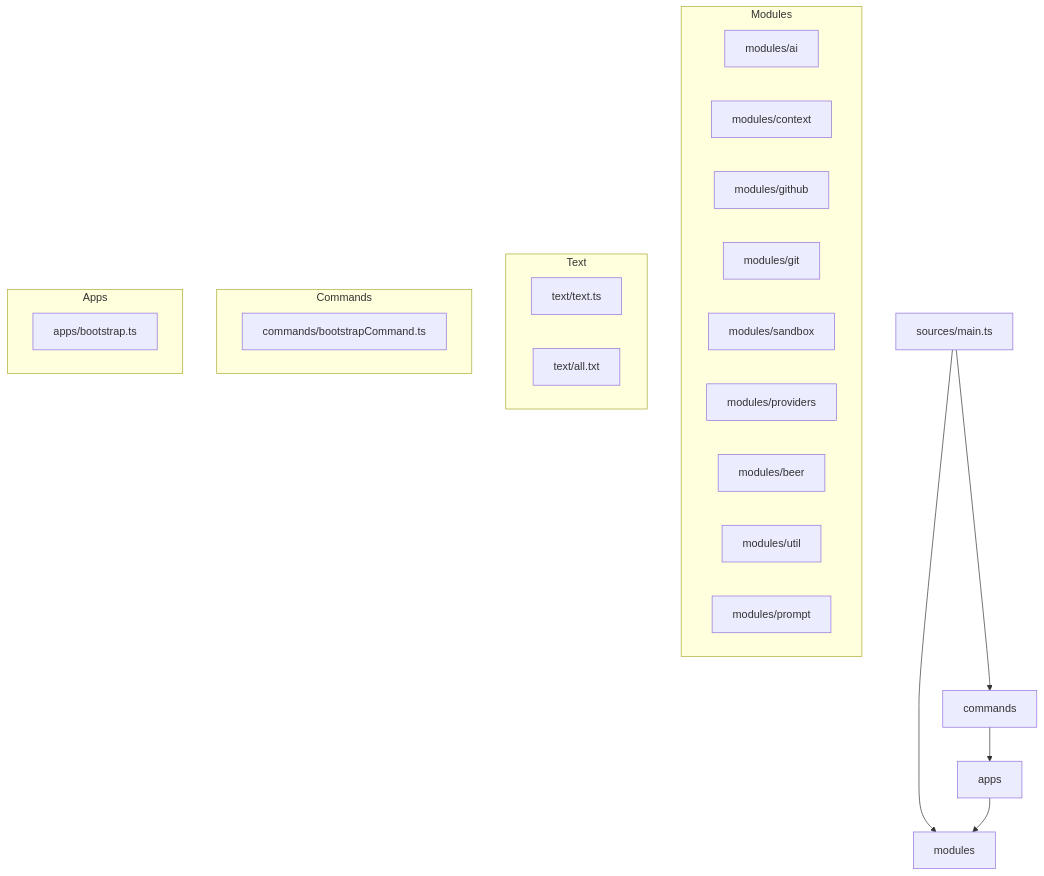
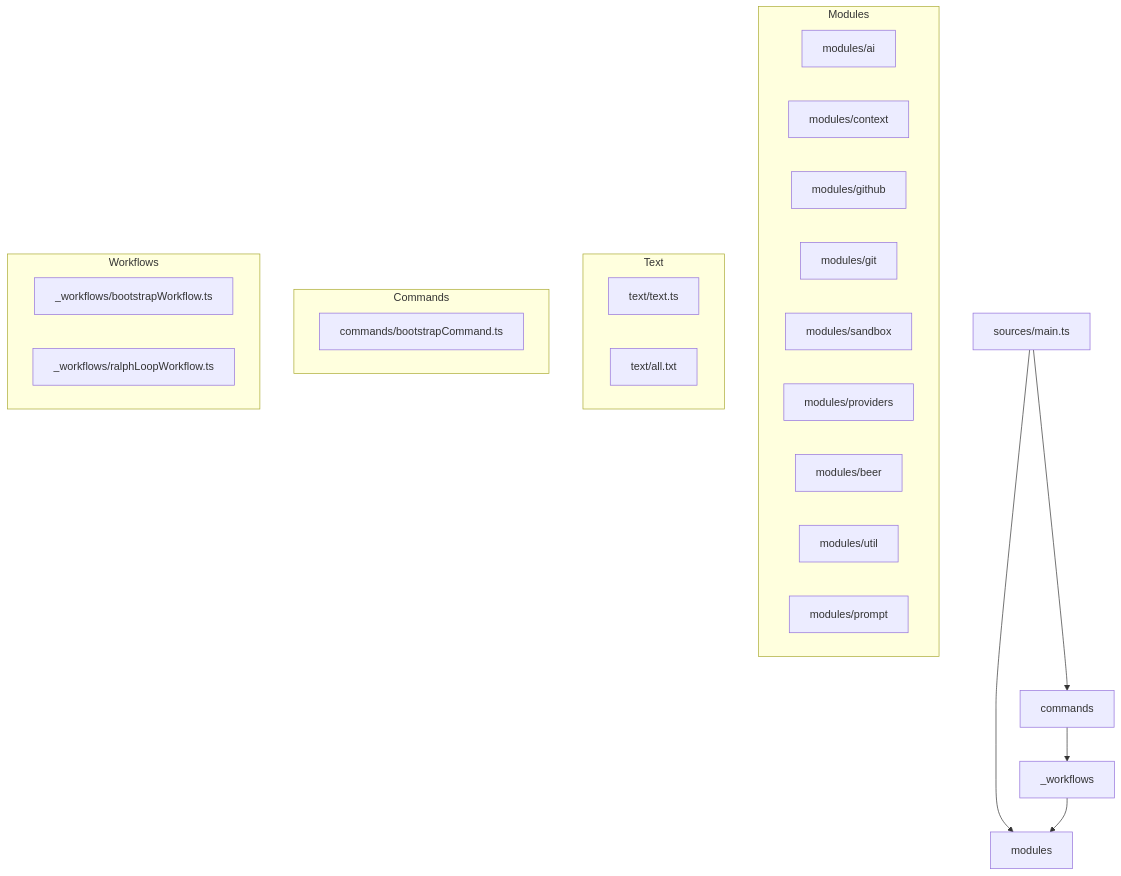
One commit to ex3ndr/holdmybeer changed the diagram in doc/modules-apps-separation.md. Above: the diagram before and after it, drawn with Mermaid. The commit also changed other lines of this file and 23 other files, not shown here.

Commit message:
refactor(workflows): move bootstrap and rename folder

````diff
--- a/doc/modules-apps-separation.md
+++ b/doc/modules-apps-separation.md
@@ -7,32 +7,33 @@
 ```mermaid
 flowchart TD
   A[sources/main.ts] --> B[modules]
   A --> D[commands]
-  D --> C[apps]
+  D --> C[_workflows]
   C --> B
 
   subgraph Modules
     M1[modules/ai]
     M2[modules/context]
     M3[modules/github]
     M4[modules/git]
     M5[modules/sandbox]
     M6[modules/providers]
     M7[modules/beer]
     M8[modules/util]
     M9[modules/prompt]
   end
 
   subgraph Text
     T1[text/text.ts]
     T2[text/all.txt]
   end
 
   subgraph Commands
     C1[commands/bootstrapCommand.ts]
   end
 
-  subgraph Apps
-    A1[apps/bootstrap.ts]
+  subgraph Workflows
+    A1[_workflows/bootstrapWorkflow.ts]
+    A2[_workflows/ralphLoopWorkflow.ts]
   end
 ```
````
